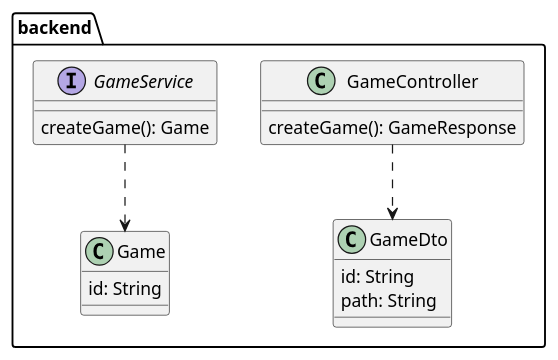
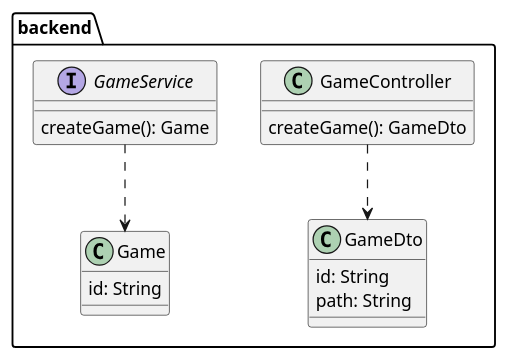
Before and after one commit to patrickwinti/worldwidewalter: the diagram in docs/diagrams/class_diagramm.plantuml, drawn with PlantUML.

Commit message:
[WWW-20] missed response renaming (again)

```diff
--- a/docs/diagrams/class_diagramm.plantuml
+++ b/docs/diagrams/class_diagramm.plantuml
@@ -1,21 +1,21 @@
 @startuml
 package backend{
     class GameController{
-      createGame(): GameResponse
+      createGame(): GameDto
     }
     class GameDto{
         id: String
         path: String
     }
     class Game{
         id: String
     }
     interface GameService{
         createGame(): Game
     }
 
 
     GameController ..> GameDto
     GameService ..> Game
 }
 @enduml
```
